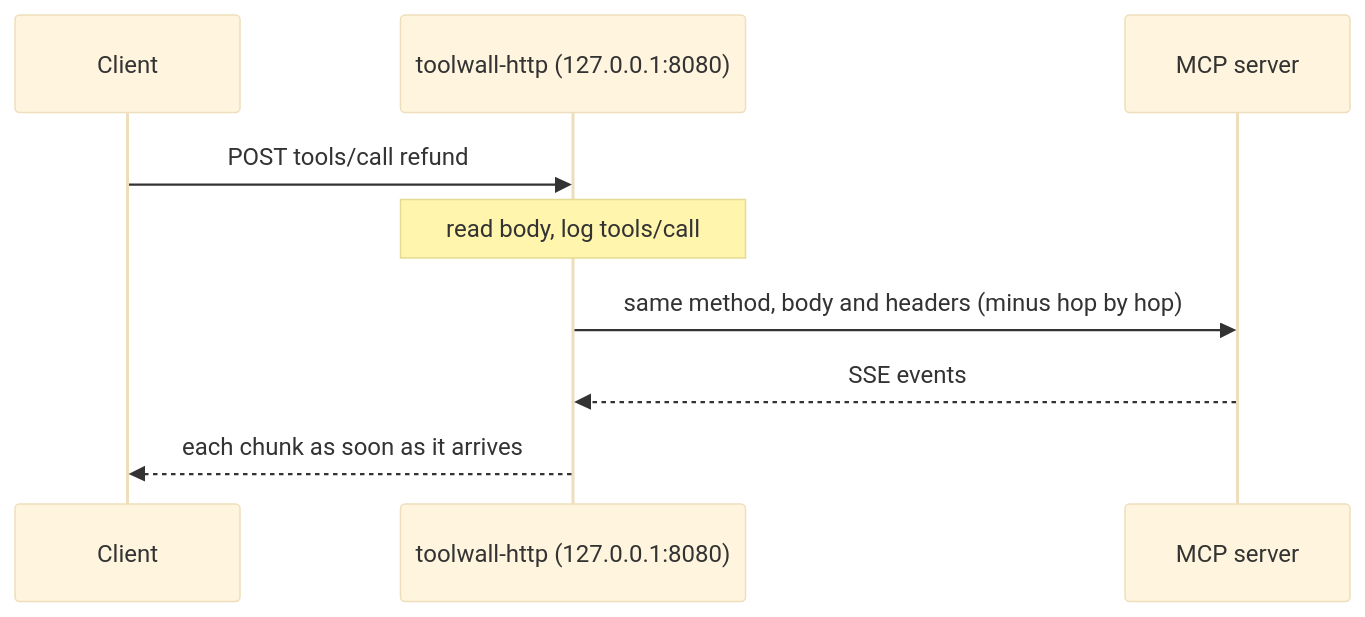
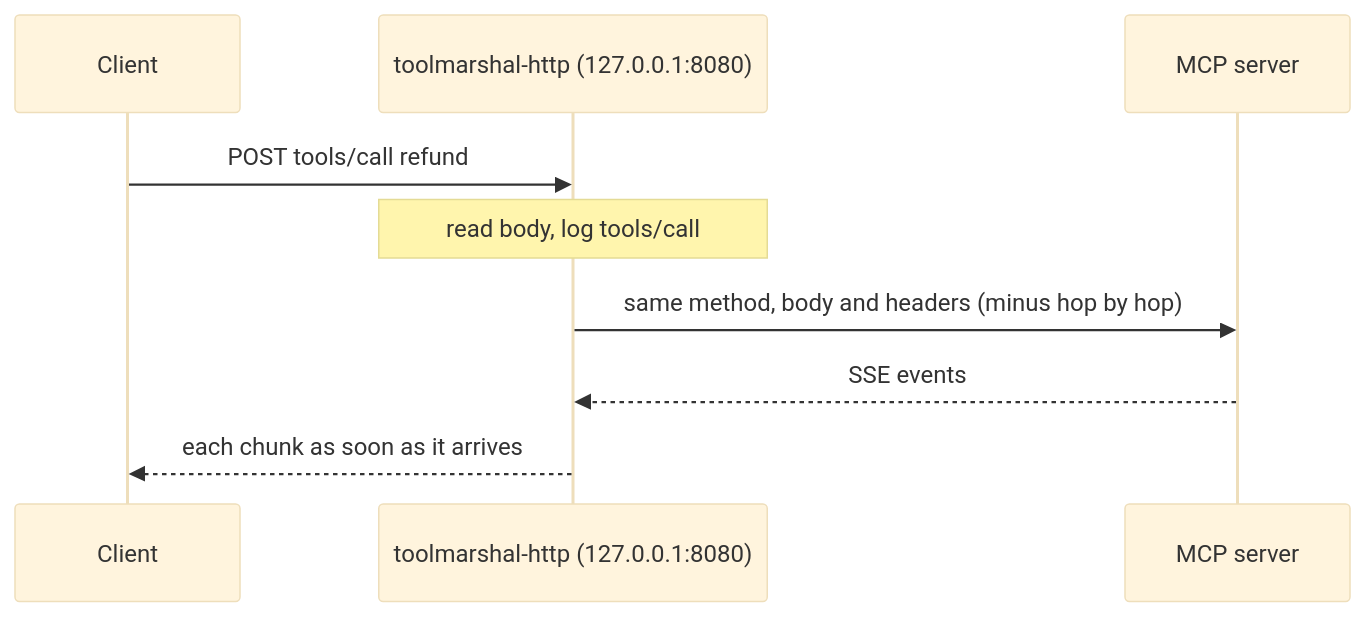
One commit to thirumal1206/toolmarshal changed the third of 4 diagrams in learn/01b-mcp-http-transport.md. Above: the diagram before and after it, drawn with Mermaid (base theme). The commit also changed other lines of this file and 19 other files, not shown here.

````diff
--- a/learn/01b-mcp-http-transport.md
+++ b/learn/01b-mcp-http-transport.md
@@ -42,11 +42,11 @@
 ```mermaid
 sequenceDiagram
     participant C as Client
-    participant T as toolwall-http (127.0.0.1:8080)
+    participant T as toolmarshal-http (127.0.0.1:8080)
     participant S as MCP server
     C->>T: POST tools/call refund
     Note over T: read body, log tools/call
     T->>S: same method, body and headers (minus hop by hop)
     S-->>T: SSE events
     T-->>C: each chunk as soon as it arrives
 ```
````
